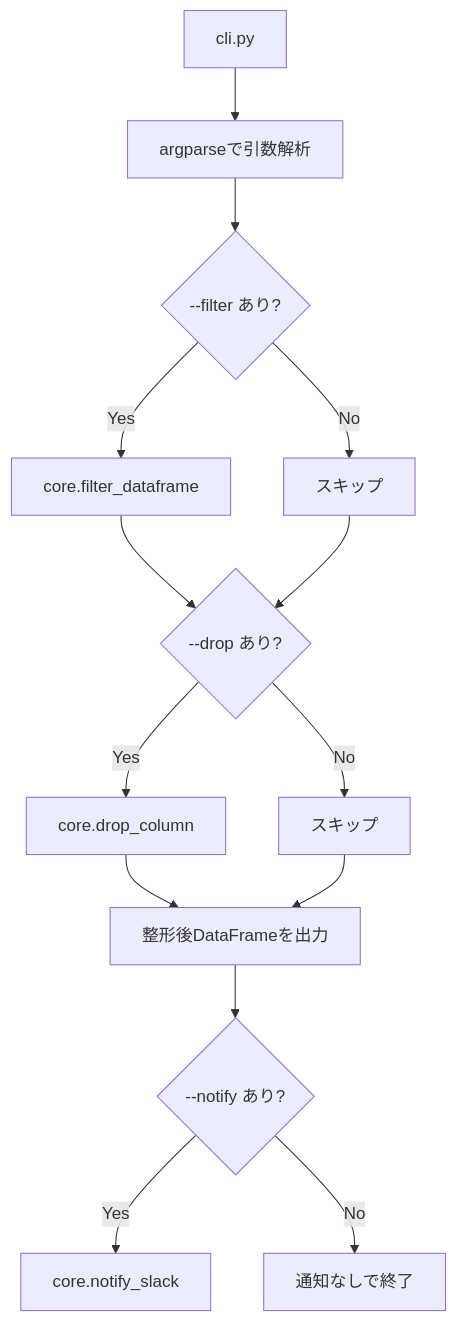
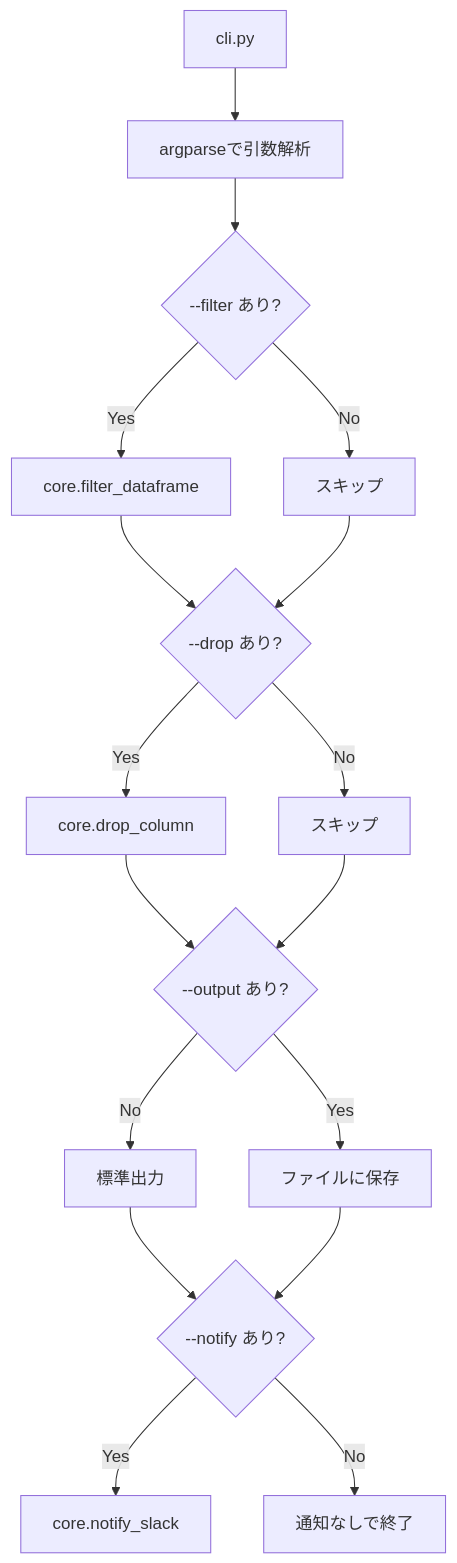
The diagram in README.md (yamanora/autoscripts-csv), drawn with Mermaid before and after one commit. The commit also changed other lines of this file and 2 other files, not shown here.

````diff
--- a/README.md
+++ b/README.md
@@ -109,20 +110,24 @@
 ```mermaid
 flowchart TD
     A[cli.py] --> B[argparseで引数解析]
     B --> C1{--filter あり?}
     C1 -- Yes --> D1[core.filter_dataframe]
     C1 -- No --> D2[スキップ]
 
     D1 --> C2{--drop あり?}
     D2 --> C2
 
     C2 -- Yes --> E1[core.drop_column]
     C2 -- No --> E2[スキップ]
 
-    E1 --> F[整形後DataFrameを出力]
+    E1 --> F{--output あり?}
     E2 --> F
 
-    F --> G{--notify あり?}
-    G -- Yes --> H[core.notify_slack]
-    G -- No --> I[通知なしで終了]
+    F -- Yes --> G[ファイルに保存]
+    F -- No  --> H[標準出力]
+
+    H --> I{--notify あり?}
+    G --> I
+    I -- Yes --> J[core.notify_slack]
+    I -- No --> K[通知なしで終了]
 ```
````
